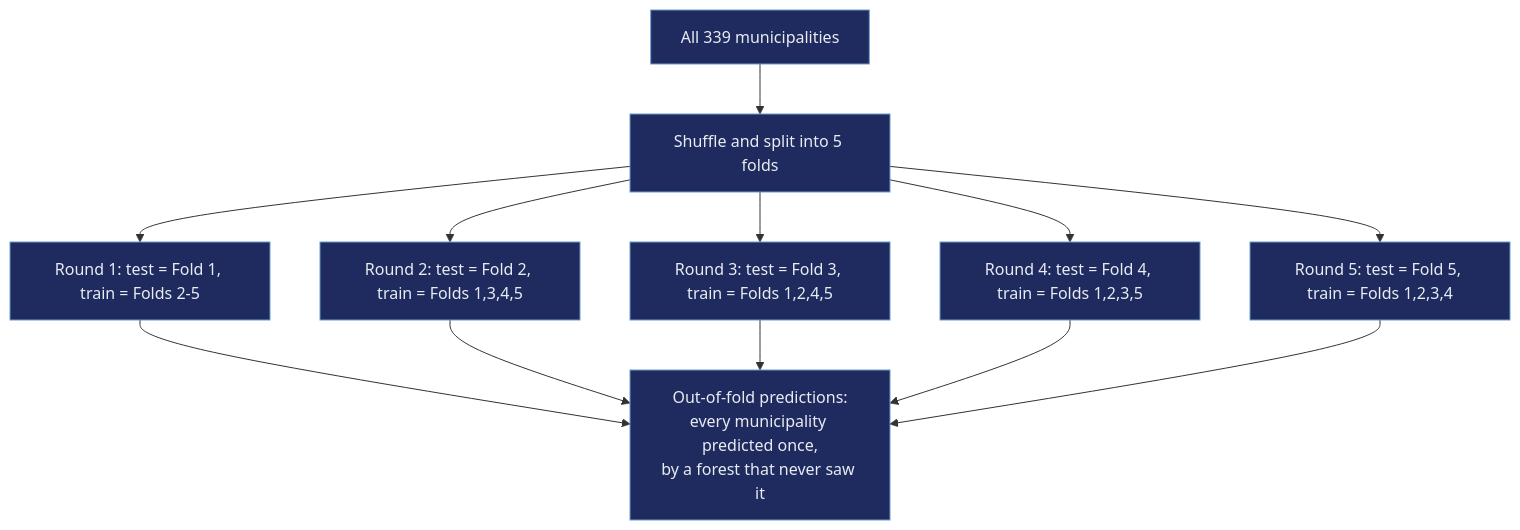
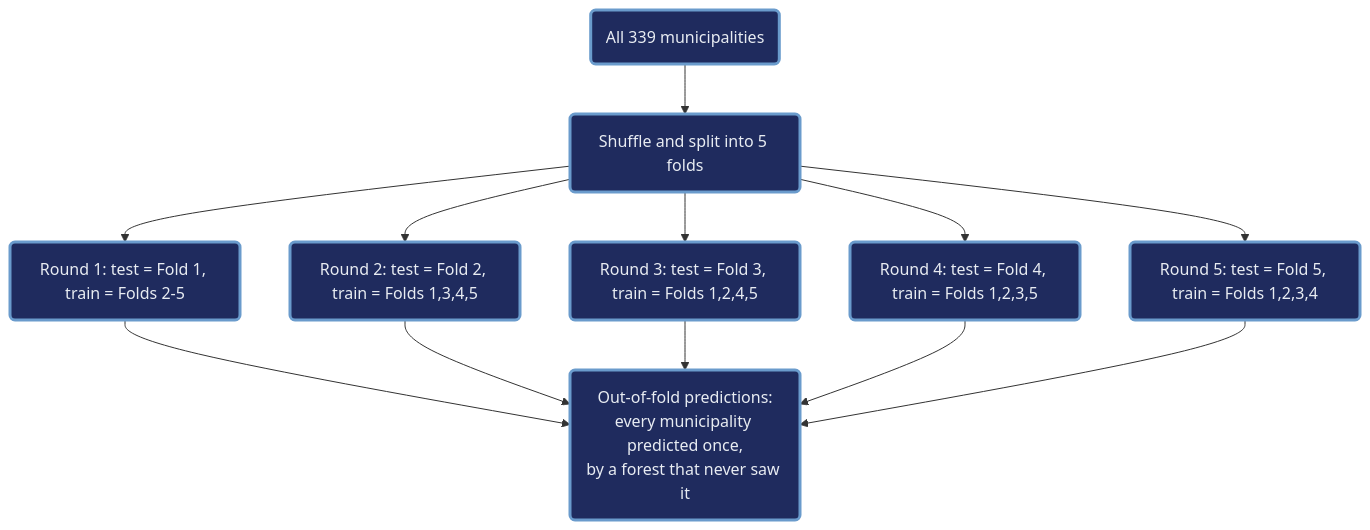
The second of 2 diagrams in content/post/python_ml_random_forest/index.md (cmg777/starter-academic-v501), drawn with Mermaid before and after one commit. The commit also changed other lines of this file and 9 other files, not shown here.

First line of the commit message:
content(mermaid): restyle flowcharts in Python posts, batch 2 of 2

````diff
--- a/content/post/python_ml_random_forest/index.md
+++ b/content/post/python_ml_random_forest/index.md
@@ -445,16 +445,16 @@
 ```mermaid
 graph TD
-    D["All 339 municipalities"] --> S["Shuffle and split into 5 folds"]
-    S --> R1["Round 1: test = Fold 1, train = Folds 2-5"]
-    S --> R2["Round 2: test = Fold 2, train = Folds 1,3,4,5"]
-    S --> R3["Round 3: test = Fold 3, train = Folds 1,2,4,5"]
-    S --> R4["Round 4: test = Fold 4, train = Folds 1,2,3,5"]
-    S --> R5["Round 5: test = Fold 5, train = Folds 1,2,3,4"]
-    R1 --> O["Out-of-fold predictions:<br/>every municipality predicted once,<br/>by a forest that never saw it"]
+    D("All 339 municipalities") --> S("Shuffle and split into 5 folds")
+    S --> R1("Round 1: test = Fold 1, train = Folds 2-5")
+    S --> R2("Round 2: test = Fold 2, train = Folds 1,3,4,5")
+    S --> R3("Round 3: test = Fold 3, train = Folds 1,2,4,5")
+    S --> R4("Round 4: test = Fold 4, train = Folds 1,2,3,5")
+    S --> R5("Round 5: test = Fold 5, train = Folds 1,2,3,4")
+    R1 --> O("Out-of-fold predictions:<br/>every municipality predicted once,<br/>by a forest that never saw it")
     R2 --> O
     R3 --> O
     R4 --> O
     R5 --> O
-    classDef box fill:#1f2b5e,stroke:#6a9bcc,stroke-width:1px,color:#e8ecf2;
+    classDef box fill:#1f2b5e,stroke:#6a9bcc,stroke-width:3px,color:#e8ecf2
     class D,S,R1,R2,R3,R4,R5,O box;
 ```
````
